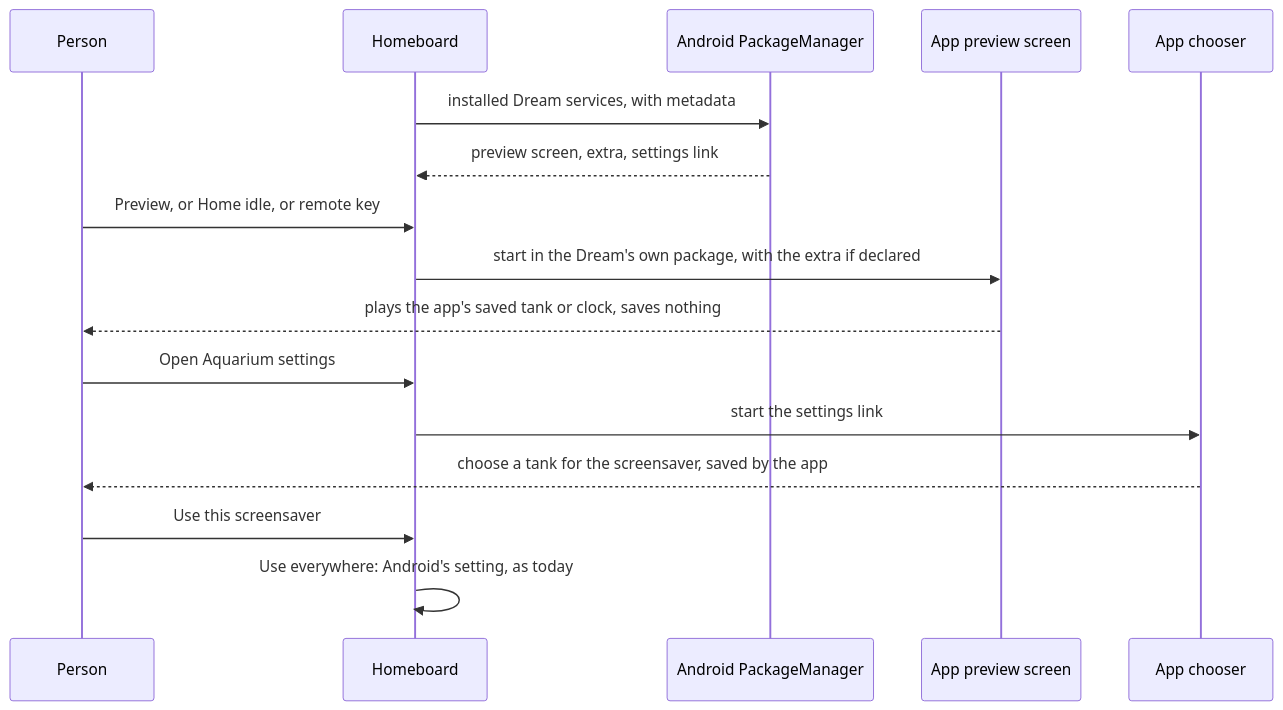
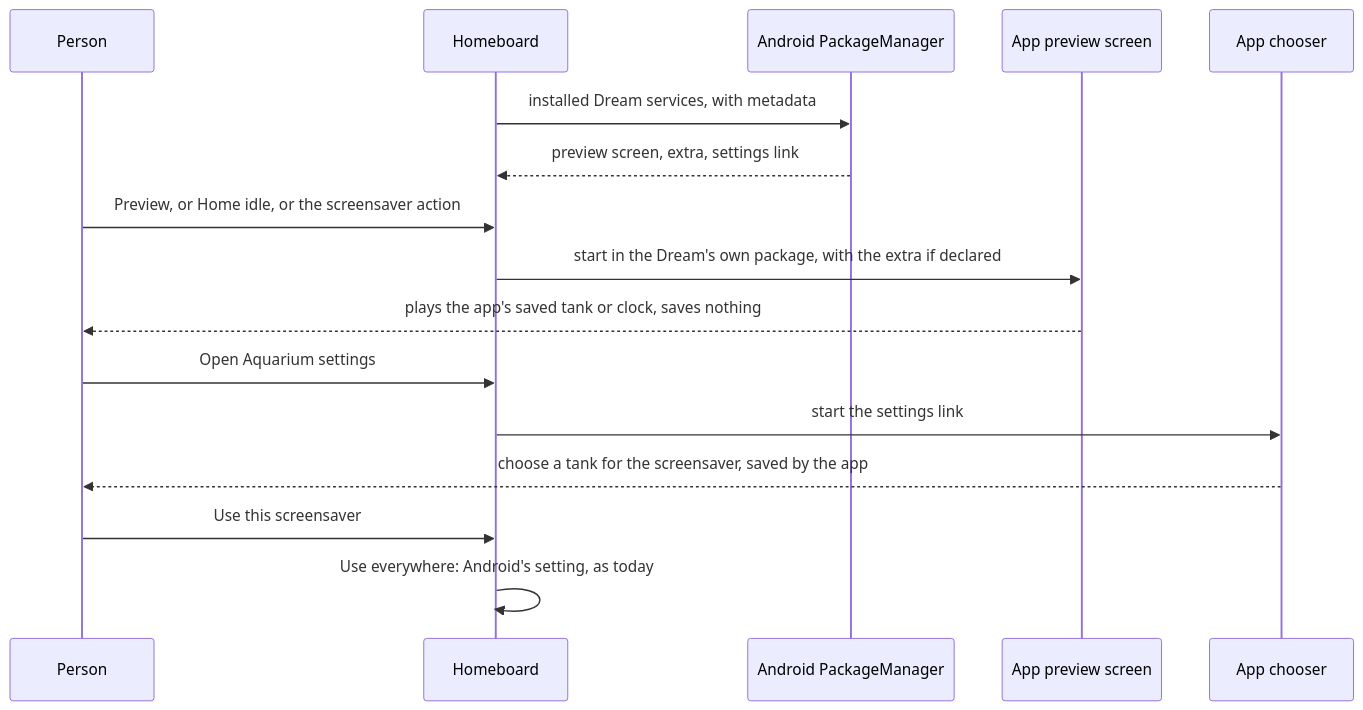
The diagram in docs/plans/2026-11-26-screensaver-companion-contract.md (wbniv/homeboard-tv), drawn with Mermaid before and after one commit. The commit also changed other lines of this file and 10 other files, not shown here.

First line of the commit message:
docs: no remote has a screensaver button

````diff
--- a/docs/plans/2026-11-26-screensaver-companion-contract.md
+++ b/docs/plans/2026-11-26-screensaver-companion-contract.md
@@ -49,18 +49,18 @@
 ```mermaid
 sequenceDiagram
     participant P as Person
     participant H as Homeboard
     participant PM as Android PackageManager
     participant A as App preview screen
     participant C as App chooser
     H->>PM: installed Dream services, with metadata
     PM-->>H: preview screen, extra, settings link
-    P->>H: Preview, or Home idle, or remote key
+    P->>H: Preview, or Home idle, or the screensaver action
     H->>A: start in the Dream's own package, with the extra if declared
     A-->>P: plays the app's saved tank or clock, saves nothing
     P->>H: Open Aquarium settings
     H->>C: start the settings link
     C-->>P: choose a tank for the screensaver, saved by the app
     P->>H: Use this screensaver
     H->>H: Use everywhere: Android's setting, as today
 ```
````
